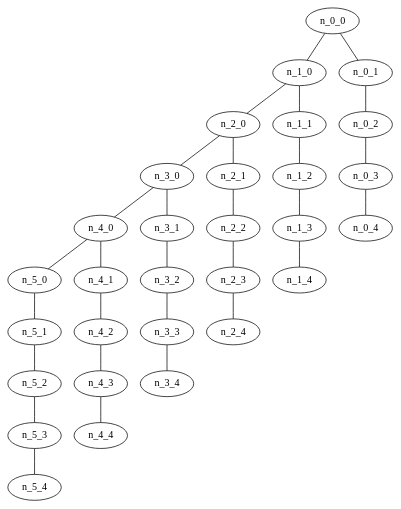
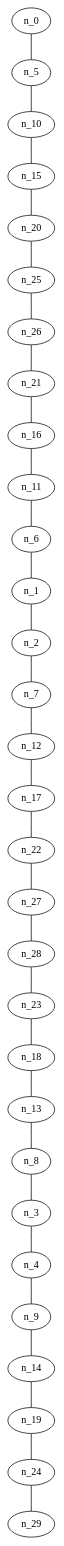
One commit to AkatzinBH/DAA changed the diagram in Proyecto2/30 Nodos/Malla/grafoMalla_6_5_DFS_R.gv. Above: the diagram before and after it, drawn with Graphviz. The commit also changed 3 other files, not shown here.

```diff
--- a/Proyecto2/30 Nodos/Malla/grafoMalla_6_5_DFS_R.gv
+++ b/Proyecto2/30 Nodos/Malla/grafoMalla_6_5_DFS_R.gv
@@ -1,61 +1,61 @@
 graph grafoMalla_6_5_DFS_R  {
-n_0_0;
-n_1_0;
-n_2_0;
-n_3_0;
-n_4_0;
-n_5_0;
-n_5_1;
-n_5_2;
-n_5_3;
-n_5_4;
-n_4_1;
-n_4_2;
-n_4_3;
-n_4_4;
-n_3_1;
-n_3_2;
-n_3_3;
-n_3_4;
-n_2_1;
-n_2_2;
-n_2_3;
-n_2_4;
-n_1_1;
-n_1_2;
-n_1_3;
-n_1_4;
-n_0_1;
-n_0_2;
-n_0_3;
-n_0_4;
-n_0_0 -- n_1_0;
-n_1_0 -- n_2_0;
-n_2_0 -- n_3_0;
-n_3_0 -- n_4_0;
-n_4_0 -- n_5_0;
-n_5_0 -- n_5_1;
-n_5_1 -- n_5_2;
-n_5_2 -- n_5_3;
-n_5_3 -- n_5_4;
-n_4_0 -- n_4_1;
-n_4_1 -- n_4_2;
-n_4_2 -- n_4_3;
-n_4_3 -- n_4_4;
-n_3_0 -- n_3_1;
-n_3_1 -- n_3_2;
-n_3_2 -- n_3_3;
-n_3_3 -- n_3_4;
-n_2_0 -- n_2_1;
-n_2_1 -- n_2_2;
-n_2_2 -- n_2_3;
-n_2_3 -- n_2_4;
-n_1_0 -- n_1_1;
-n_1_1 -- n_1_2;
-n_1_2 -- n_1_3;
-n_1_3 -- n_1_4;
-n_0_0 -- n_0_1;
-n_0_1 -- n_0_2;
-n_0_2 -- n_0_3;
-n_0_3 -- n_0_4;
+n_0;
+n_5;
+n_10;
+n_15;
+n_20;
+n_25;
+n_26;
+n_21;
+n_16;
+n_11;
+n_6;
+n_1;
+n_2;
+n_7;
+n_12;
+n_17;
+n_22;
+n_27;
+n_28;
+n_23;
+n_18;
+n_13;
+n_8;
+n_3;
+n_4;
+n_9;
+n_14;
+n_19;
+n_24;
+n_29;
+n_0 -- n_5;
+n_5 -- n_10;
+n_10 -- n_15;
+n_15 -- n_20;
+n_20 -- n_25;
+n_25 -- n_26;
+n_26 -- n_21;
+n_21 -- n_16;
+n_16 -- n_11;
+n_11 -- n_6;
+n_6 -- n_1;
+n_1 -- n_2;
+n_2 -- n_7;
+n_7 -- n_12;
+n_12 -- n_17;
+n_17 -- n_22;
+n_22 -- n_27;
+n_27 -- n_28;
+n_28 -- n_23;
+n_23 -- n_18;
+n_18 -- n_13;
+n_13 -- n_8;
+n_8 -- n_3;
+n_3 -- n_4;
+n_4 -- n_9;
+n_9 -- n_14;
+n_14 -- n_19;
+n_19 -- n_24;
+n_24 -- n_29;
 }
```
